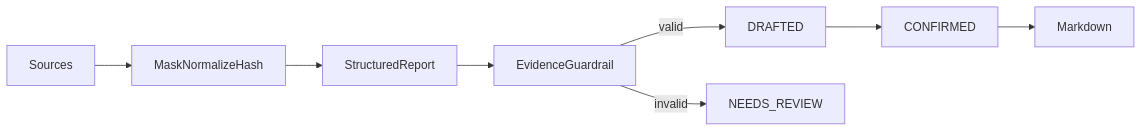
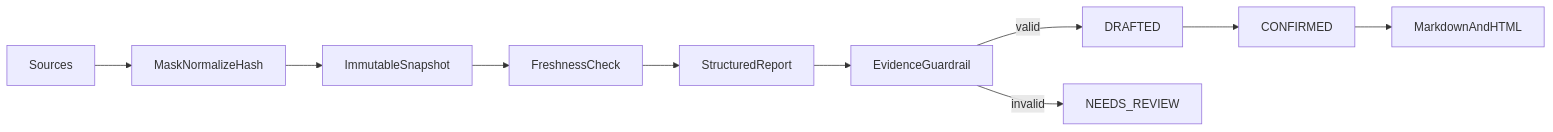
The diagram in modules/report-copilot/README.md (qcodingdev/spring-ai-business-copilot), drawn with Mermaid before and after one commit. The commit also changed other lines of this file and 281 other files, not shown here.

````diff
--- a/modules/report-copilot/README.md
+++ b/modules/report-copilot/README.md
@@ -7,6 +7,6 @@
 ```mermaid
 flowchart LR
-    Sources --> MaskNormalizeHash --> StructuredReport --> EvidenceGuardrail
-    EvidenceGuardrail -->|valid| DRAFTED --> CONFIRMED --> Markdown
+    Sources --> MaskNormalizeHash --> ImmutableSnapshot --> FreshnessCheck --> StructuredReport --> EvidenceGuardrail
+    EvidenceGuardrail -->|valid| DRAFTED --> CONFIRMED --> MarkdownAndHTML
     EvidenceGuardrail -->|invalid| NEEDS_REVIEW
 ```
````
